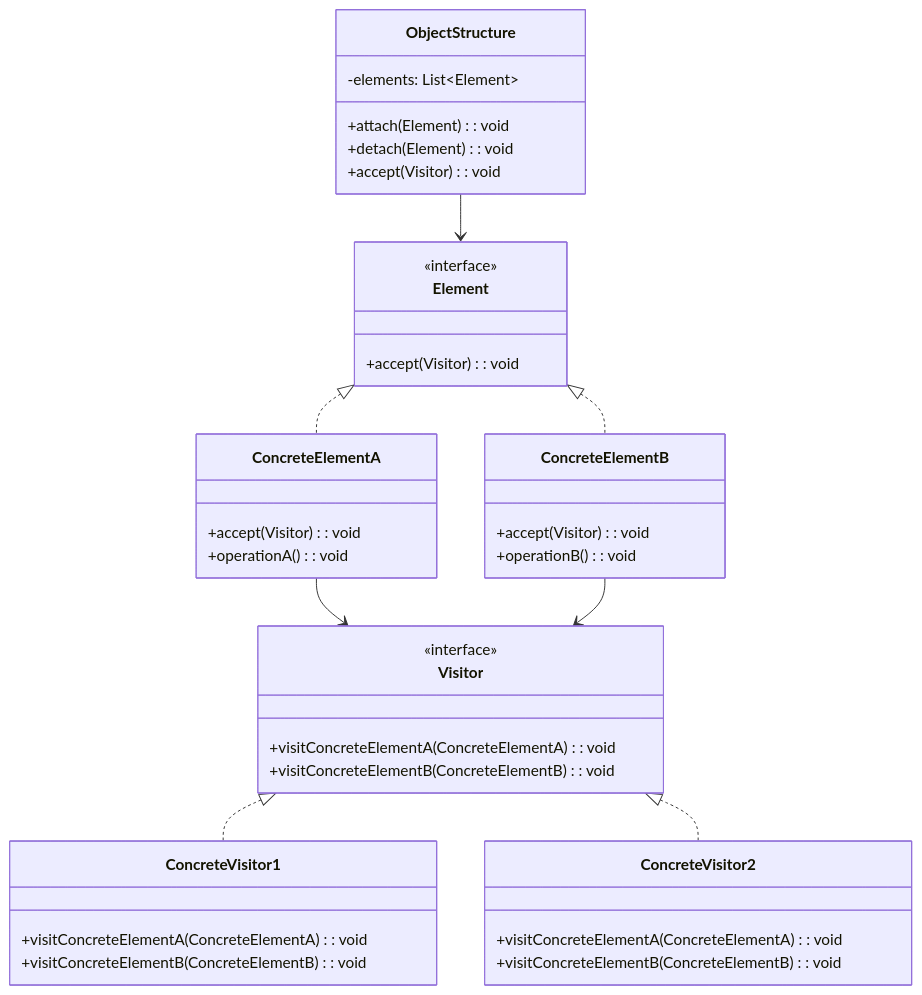
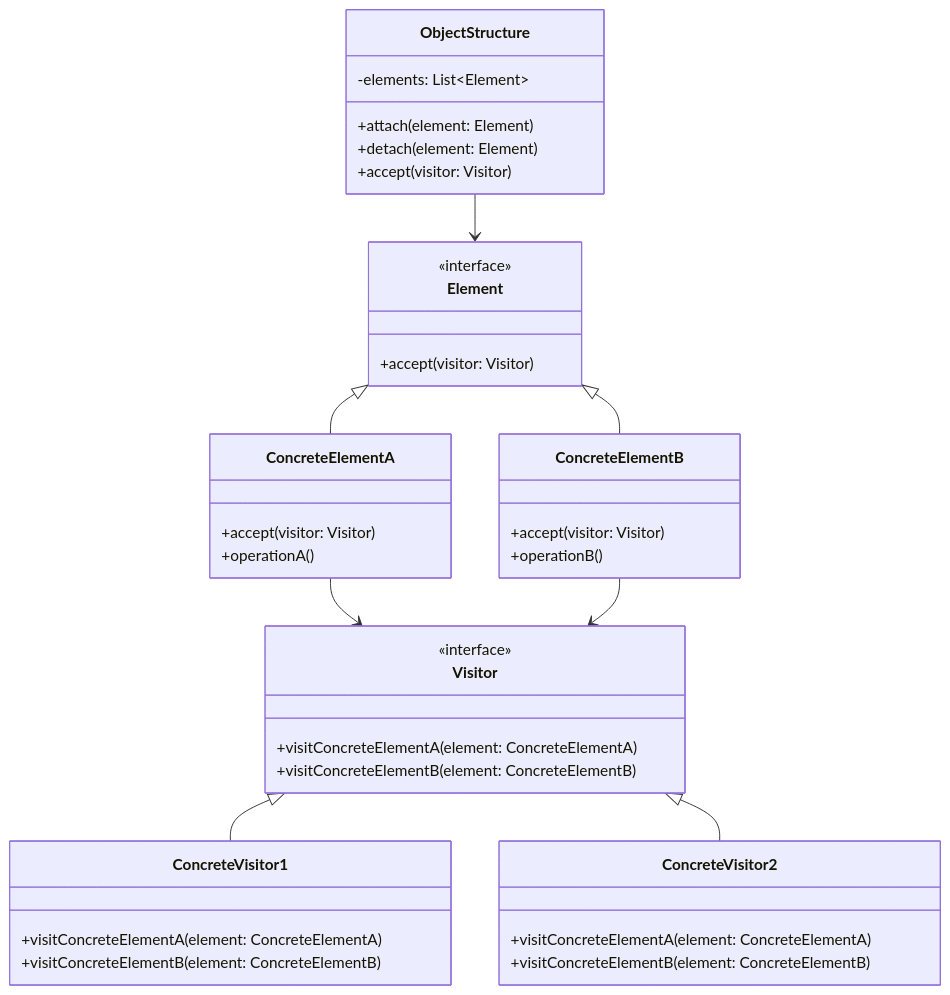
One commit to ANTHEM37/tool-box changed the first of 2 diagrams in docs/design-patterns/behavioral/visitor.md. Above: the diagram before and after it, drawn with Mermaid. The commit also changed other lines of this file and 29 other files, not shown here.

````diff
--- a/docs/design-patterns/behavioral/visitor.md
+++ b/docs/design-patterns/behavioral/visitor.md
@@ -18,48 +37,48 @@
 ```mermaid
 classDiagram
     class Visitor {
         <<interface>>
-        +visitConcreteElementA(ConcreteElementA): void
-        +visitConcreteElementB(ConcreteElementB): void
+        +visitConcreteElementA(element: ConcreteElementA)
+        +visitConcreteElementB(element: ConcreteElementB)
     }
-
+    
     class ConcreteVisitor1 {
-        +visitConcreteElementA(ConcreteElementA): void
-        +visitConcreteElementB(ConcreteElementB): void
+        +visitConcreteElementA(element: ConcreteElementA)
+        +visitConcreteElementB(element: ConcreteElementB)
     }
-
+    
     class ConcreteVisitor2 {
-        +visitConcreteElementA(ConcreteElementA): void
-        +visitConcreteElementB(ConcreteElementB): void
+        +visitConcreteElementA(element: ConcreteElementA)
+        +visitConcreteElementB(element: ConcreteElementB)
     }
-
+    
     class Element {
         <<interface>>
-        +accept(Visitor): void
+        +accept(visitor: Visitor)
     }
-
+    
     class ConcreteElementA {
-        +accept(Visitor): void
-        +operationA(): void
+        +accept(visitor: Visitor)
+        +operationA()
     }
-
+    
     class ConcreteElementB {
-        +accept(Visitor): void
-        +operationB(): void
+        +accept(visitor: Visitor)
+        +operationB()
     }
-
+    
     class ObjectStructure {
         -elements: List~Element~
-        +attach(Element): void
-        +detach(Element): void
-        +accept(Visitor): void
+        +attach(element: Element)
+        +detach(element: Element)
+        +accept(visitor: Visitor)
     }
-
-    Visitor <|.. ConcreteVisitor1
-    Visitor <|.. ConcreteVisitor2
-    Element <|.. ConcreteElementA
-    Element <|.. ConcreteElementB
+    
+    Visitor <|-- ConcreteVisitor1
+    Visitor <|-- ConcreteVisitor2
+    Element <|-- ConcreteElementA
+    Element <|-- ConcreteElementB
     ObjectStructure --> Element
     ConcreteElementA --> Visitor
     ConcreteElementB --> Visitor
 ```
````
